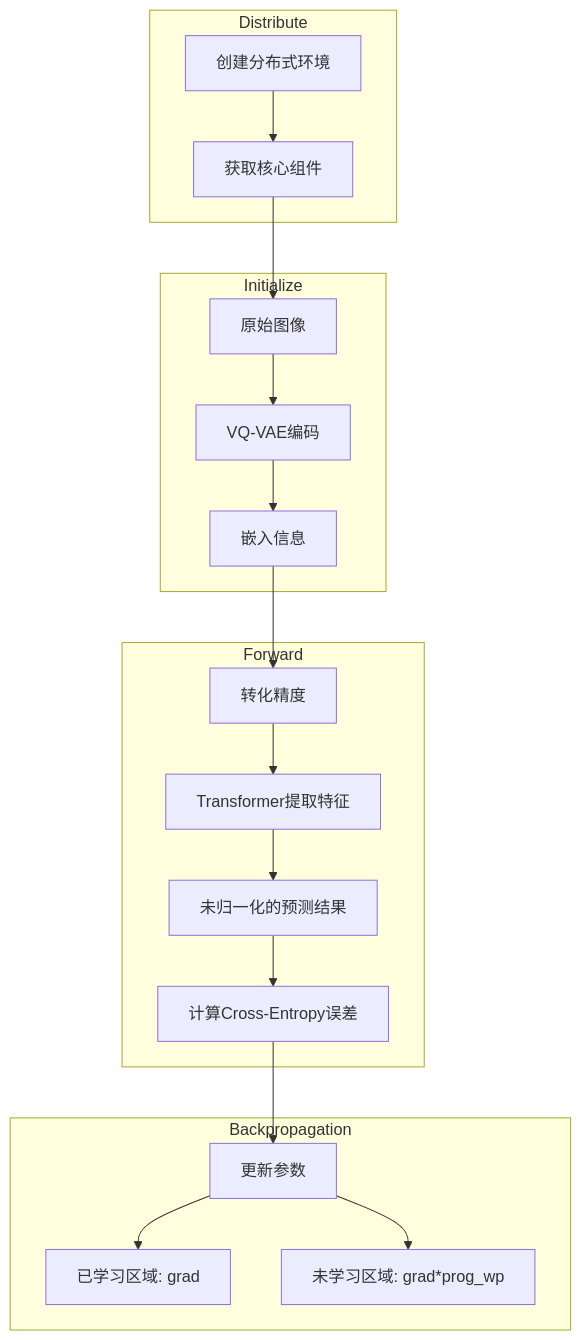
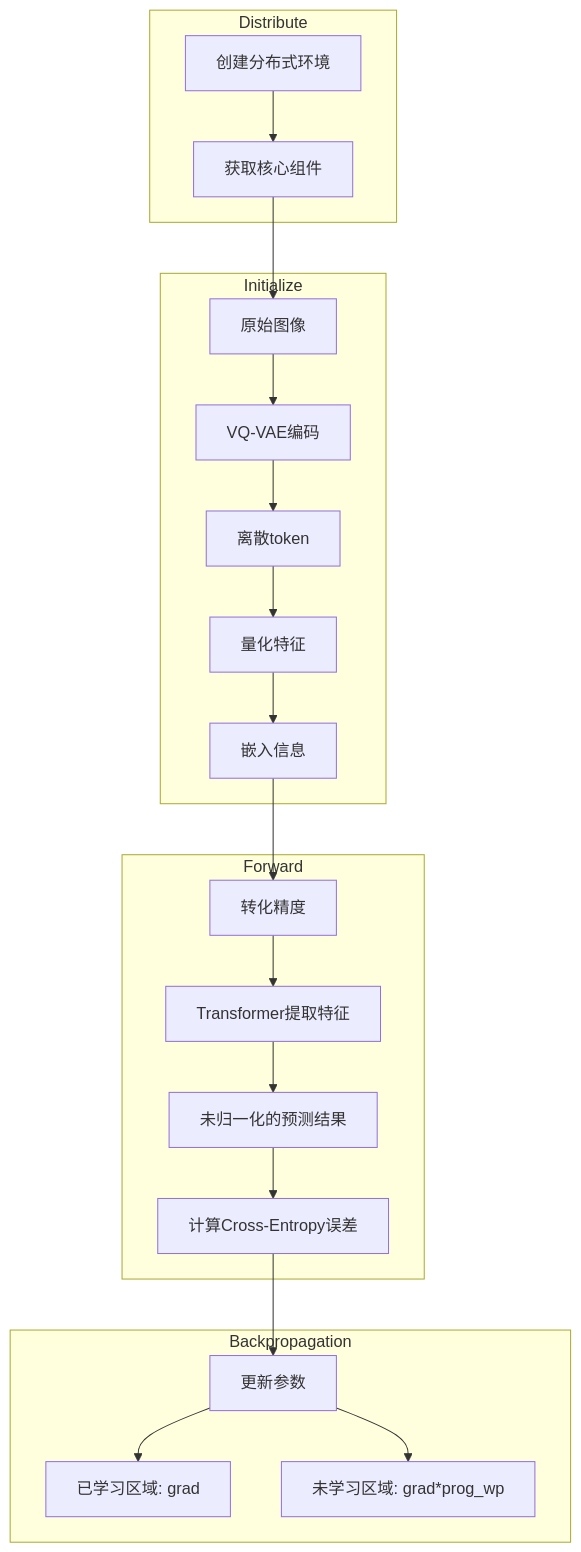
Before and after one commit to jinxinl/VAR_reproduce: the first of 2 diagrams in VAR笔记/VAR pipeline.md, drawn with Mermaid. The commit also changed other lines of this file and 4 other files, not shown here.

````diff
--- a/VAR笔记/VAR pipeline.md
+++ b/VAR笔记/VAR pipeline.md
@@ -28,25 +30,27 @@
 ```mermaid
 %% VAR模型训练流程图
 graph TD
 	subgraph Distribute
 		DisEnv[创建分布式环境] --> Components[获取核心组件]
 	end
 	
 	subgraph Initialize
         Origin[原始图像] --> Encoding[VQ-VAE编码]
-        Encoding --> Embed[嵌入信息]
+        Encoding --> Quant[离散token]
+        Quant --> VQ_Quantizer[量化特征]
+        VQ_Quantizer --> Embed[嵌入信息]
 	end
 	subgraph Forward
 		Precision[转化精度] --> Transformer[Transformer提取特征]
 		Transformer --> get_logits[未归一化的预测结果]
 		get_logits --> compute_loss[计算Cross-Entropy误差]
 	end
 	subgraph Backpropagation
 		BP[更新参数] --> leanrned[已学习区域: grad] 
 		BP --> tobe_learn[未学习区域: grad*prog_wp]
 	end
 	
 	Components --> Origin
 	Embed --> Precision
 	compute_loss --> BP
 ```
````
